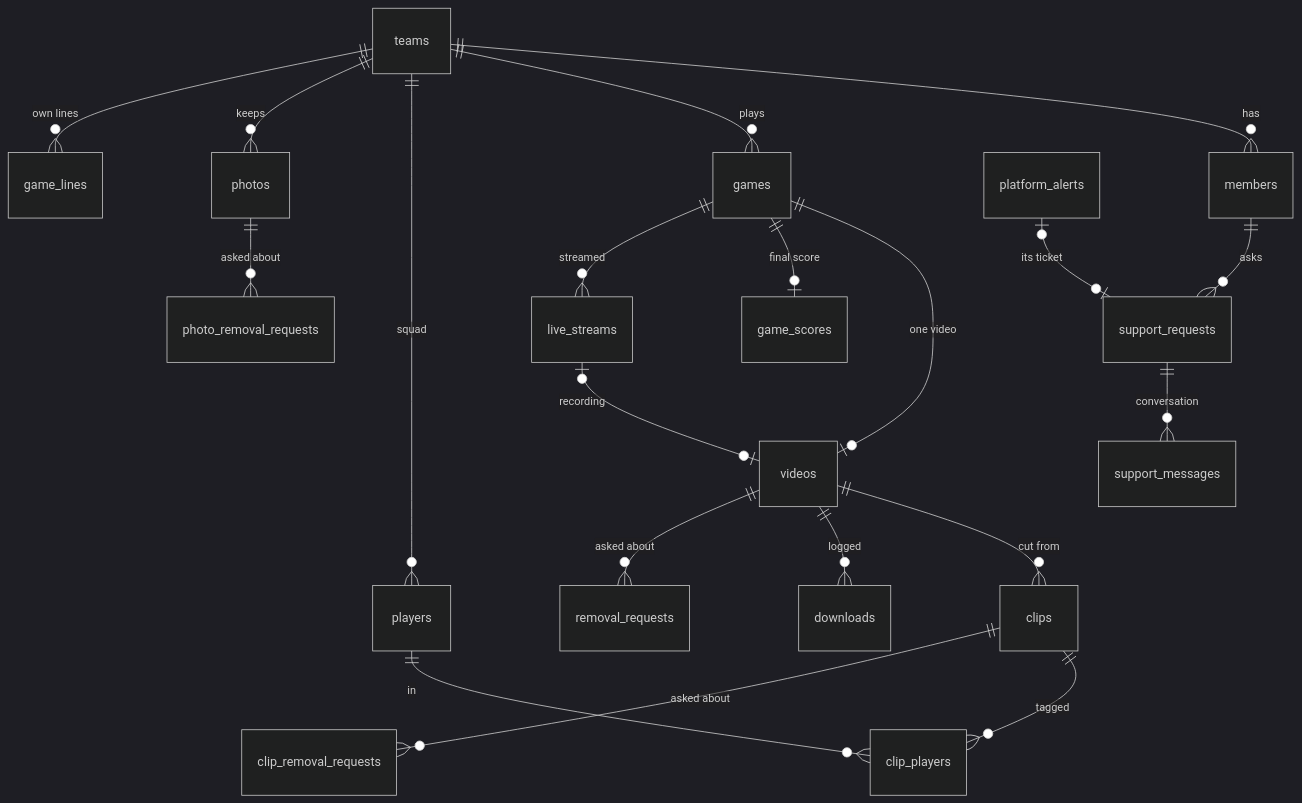
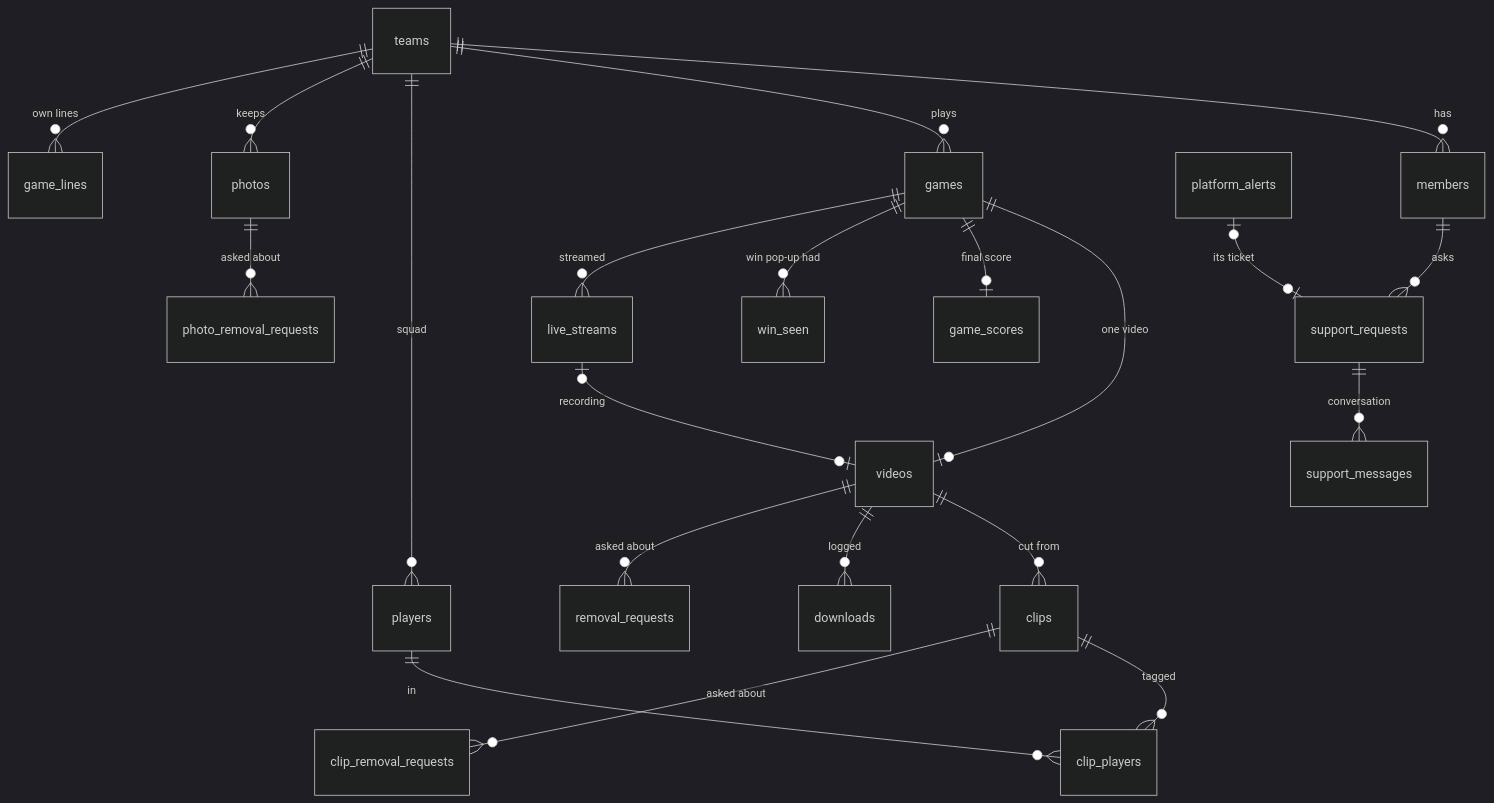
One commit to talorh/courtside changed the ninth of 9 diagrams in docs/architecture.md. Above: the diagram before and after it, drawn with Mermaid (dark theme). The commit also changed other lines of this file and 30 other files, not shown here.

First line of the commit message:
Win pop-up the first time a member opens a won game, and a gold border on finals games

````diff
--- a/docs/architecture.md
+++ b/docs/architecture.md
@@ -946,22 +946,23 @@
 ```mermaid
 erDiagram
  teams ||--o{ members: "has"
  teams ||--o{ games: "plays"
  teams ||--o{ players: "squad"
  teams ||--o{ photos: "keeps"
  games ||--o| videos: "one video"
  games ||--o| game_scores: "final score"
+ games ||--o{ win_seen: "win pop-up had"
  teams ||--o{ game_lines: "own lines"
  games ||--o{ live_streams: "streamed"
  live_streams |o--o| videos: "recording"
  videos ||--o{ clips: "cut from"
  clips ||--o{ clip_players: "tagged"
  players ||--o{ clip_players: "in"
  videos ||--o{ downloads: "logged"
  videos ||--o{ removal_requests: "asked about"
  clips ||--o{ clip_removal_requests: "asked about"
  photos ||--o{ photo_removal_requests: "asked about"
  members ||--o{ support_requests: "asks"
  support_requests ||--o{ support_messages: "conversation"
  platform_alerts |o--o| support_requests: "its ticket"
 ```
````
